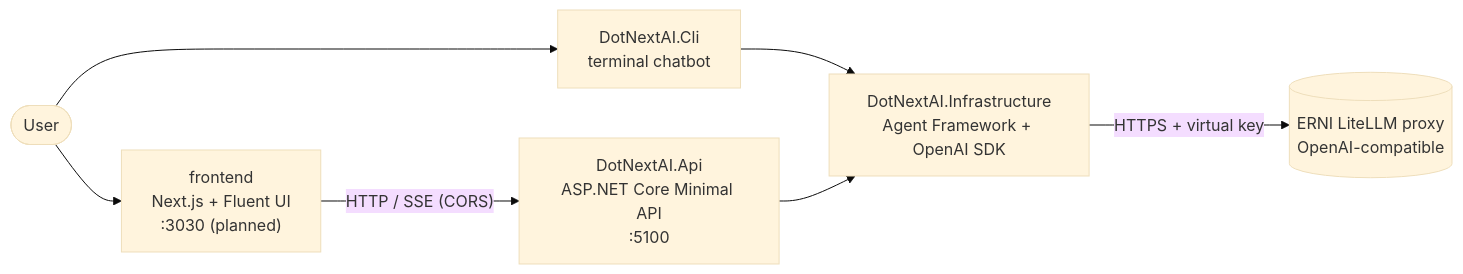
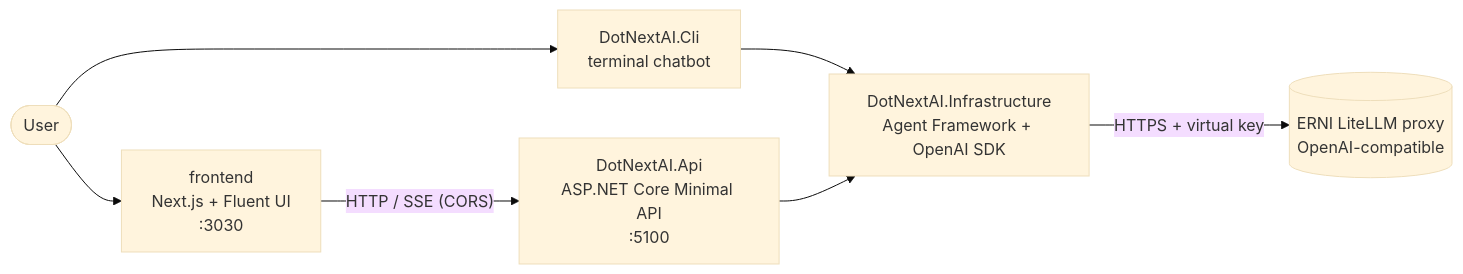
Before and after one commit to SamuelHdez/DotNextAI: the diagram in docs/design/architecture.md, drawn with Mermaid (base theme). The commit also changed other lines of this file and 90 other files, not shown here.

First line of the commit message:
feat(web): add the Next.js + Fluent UI web app with chat

````diff
--- a/docs/design/architecture.md
+++ b/docs/design/architecture.md
@@ -7,16 +7,16 @@
 ```mermaid
 flowchart LR
     user([User])
     cli["DotNextAI.Cli<br/>terminal chatbot"]
-    web["frontend<br/>Next.js + Fluent UI<br/>:3030 (planned)"]
+    web["frontend<br/>Next.js + Fluent UI<br/>:3030"]
     api["DotNextAI.Api<br/>ASP.NET Core Minimal API<br/>:5100"]
     infra["DotNextAI.Infrastructure<br/>Agent Framework + OpenAI SDK"]
     litellm[("ERNI LiteLLM proxy<br/>OpenAI-compatible")]
 
     user --> cli
     user --> web
     web -- "HTTP / SSE (CORS)" --> api
     cli --> infra
     api --> infra
     infra -- "HTTPS + virtual key" --> litellm
 ```
````
